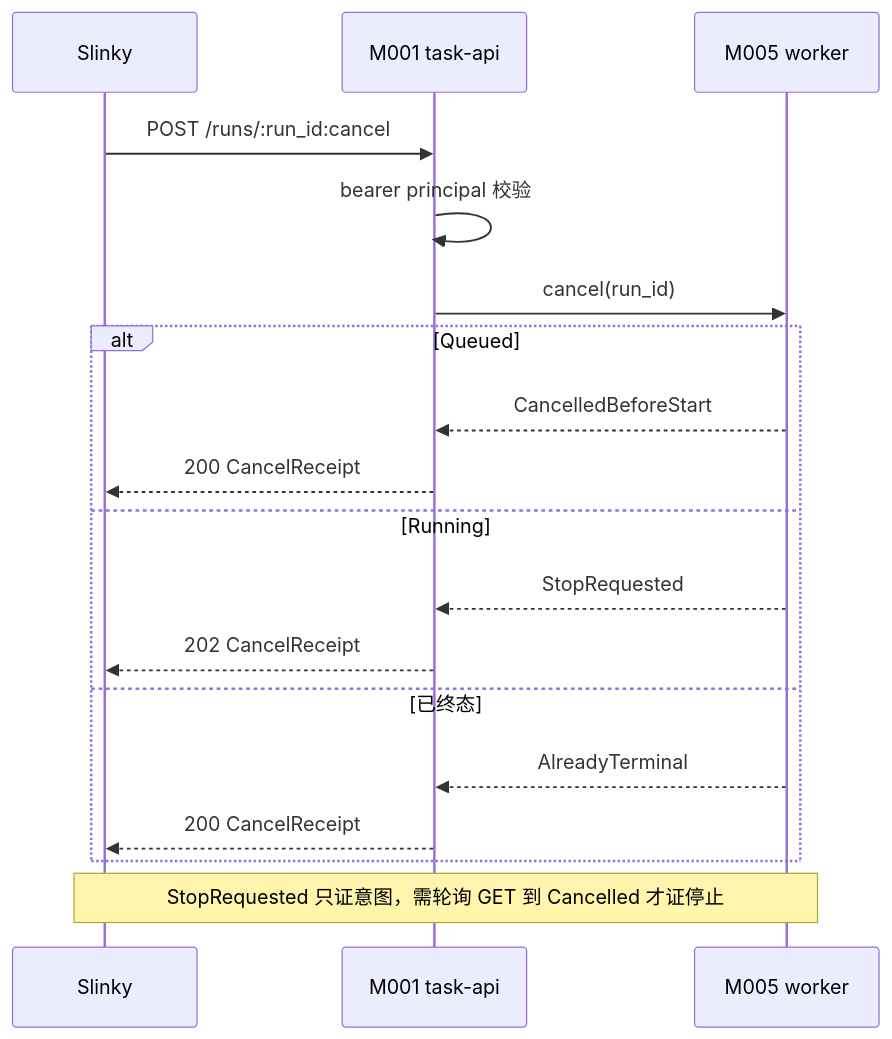
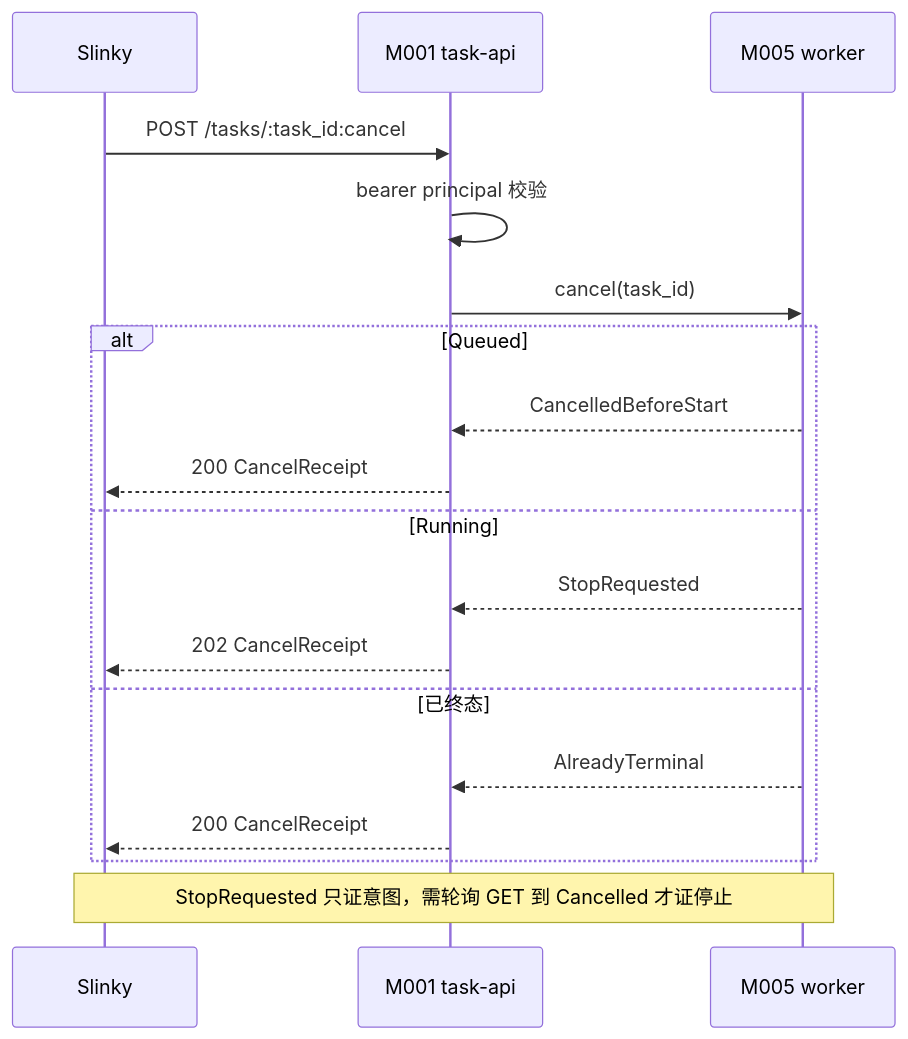
One commit to corezilla/piko changed the sixth of 6 diagrams in docs/40_module_design/piko-task-api-design.md. Above: the diagram before and after it, drawn with Mermaid. The commit also changed other lines of this file and 86 other files, not shown here.

````diff
--- a/docs/40_module_design/piko-task-api-design.md
+++ b/docs/40_module_design/piko-task-api-design.md
@@ -516,20 +517,20 @@
 ```mermaid
 sequenceDiagram
     participant SL as Slinky
     participant API as M001 task-api
     participant WK as M005 worker
-    SL->>API: POST /runs/:run_id:cancel
+    SL->>API: POST /tasks/:task_id:cancel
     API->>API: bearer principal 校验
-    API->>WK: cancel(run_id)
+    API->>WK: cancel(task_id)
     alt Queued
         WK-->>API: CancelledBeforeStart
         API-->>SL: 200 CancelReceipt
     else Running
         WK-->>API: StopRequested
         API-->>SL: 202 CancelReceipt
     else 已终态
         WK-->>API: AlreadyTerminal
         API-->>SL: 200 CancelReceipt
     end
     Note over SL,WK: StopRequested 只证意图，需轮询 GET 到 Cancelled 才证停止
 ```
````
